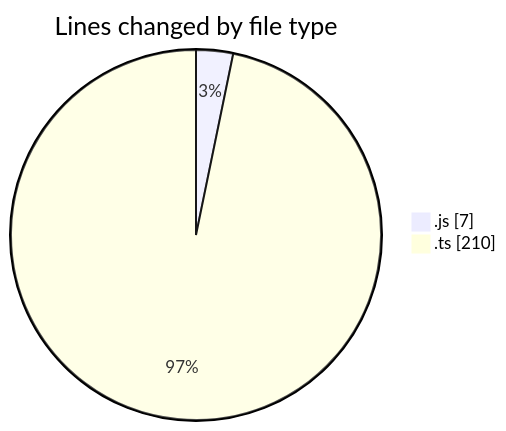
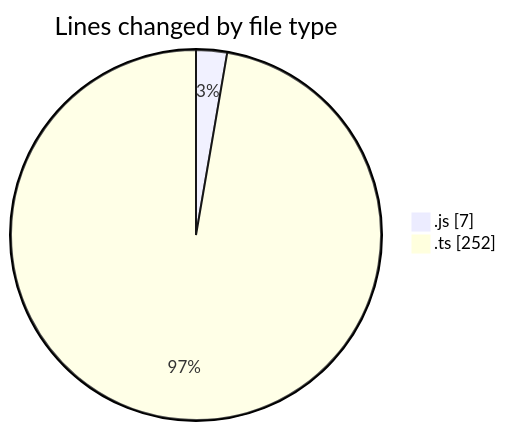
One commit to momahboobian/code-tracking changed the first of 2 diagrams in 2025-06-18/cda/README.md. Above: the diagram before and after it, drawn with Mermaid. The commit also changed other lines of this file and 1 other file, not shown here.

````diff
--- a/2025-06-18/cda/README.md
+++ b/2025-06-18/cda/README.md
@@ -25,6 +25,6 @@
 ```mermaid
 pie showData
 title Lines changed by file type
 ".js" : 7
-".ts" : 210
+".ts" : 252
 ```
````
